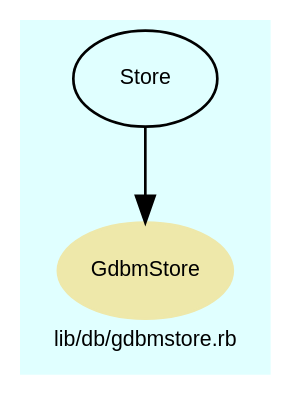
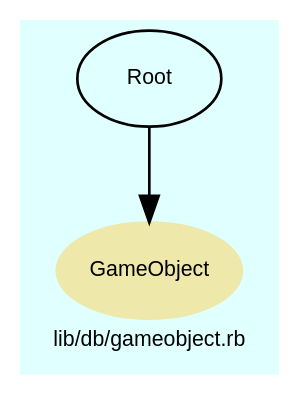
One commit to Tyche/teensymud changed the diagram in doc/dot/f_38.dot. Above: the diagram before and after it, drawn with Graphviz. The commit also changed 198 other files, not shown here.

```diff
--- a/doc/dot/f_38.dot
+++ b/doc/dot/f_38.dot
@@ -1,31 +1,31 @@
 digraph TopLevel {
     compound = true
     bgcolor = lightcyan1
     fontname = Arial
     fontsize = 8
-    label = "lib/db/gdbmstore.rb"
+    label = "lib/db/gameobject.rb"
     node [
         fontname = Arial,
         fontsize = 8,
         color = black
     ]
 
-    GdbmStore [
+    GameObject [
         fontcolor = black,
-        URL = "classes/GdbmStore.html",
+        URL = "classes/GameObject.html",
         shape = ellipse,
         color = palegoldenrod,
         style = filled,
-        label = "GdbmStore"
+        label = "GameObject"
     ]
 
-    Store [
-        URL = "classes/Store.html",
-        label = "Store"
+    Root [
+        URL = "classes/Root.html",
+        label = "Root"
     ]
 
-    Store -> GdbmStore [
+    Root -> GameObject [
 
     ]
 
 }
```
